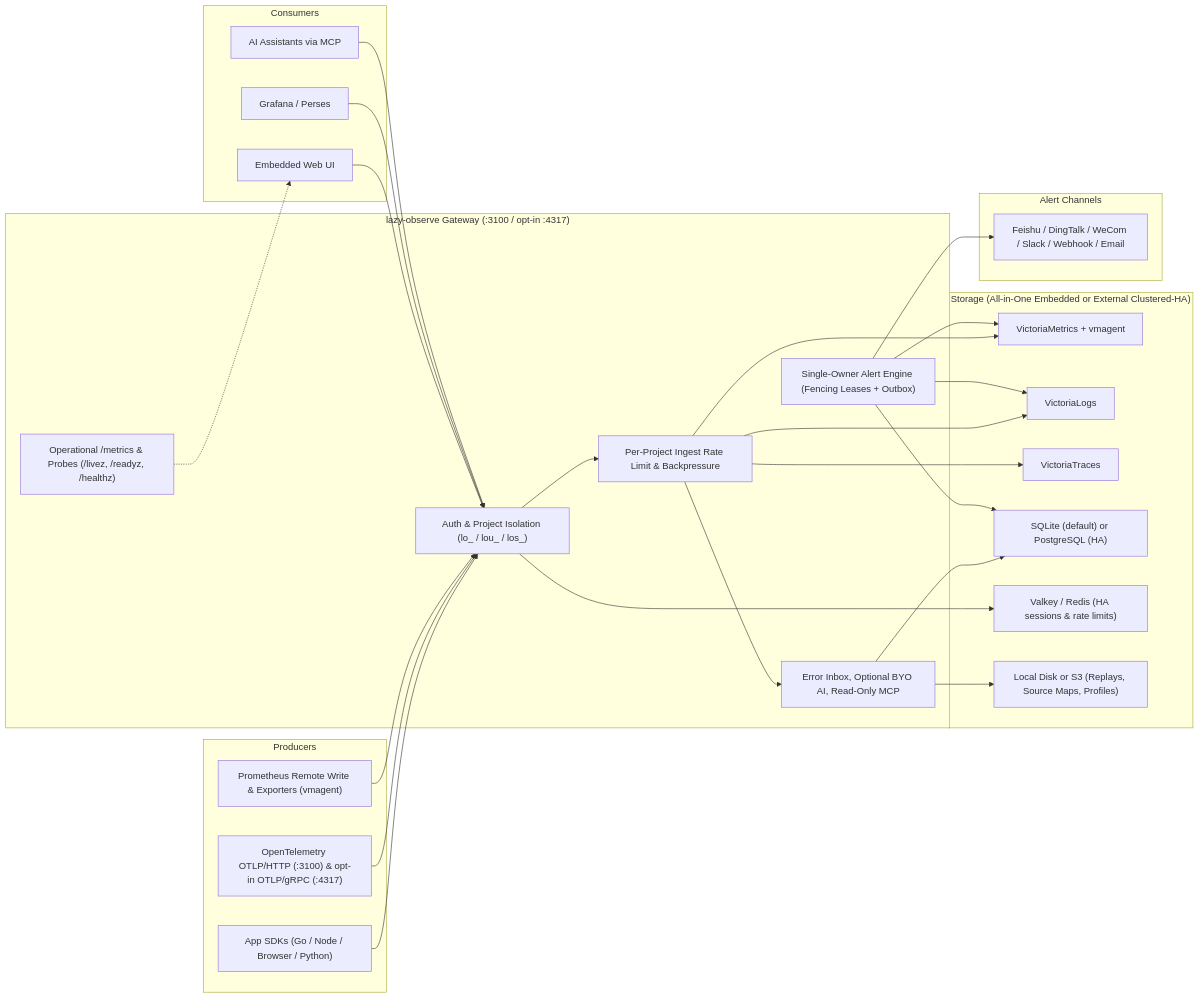
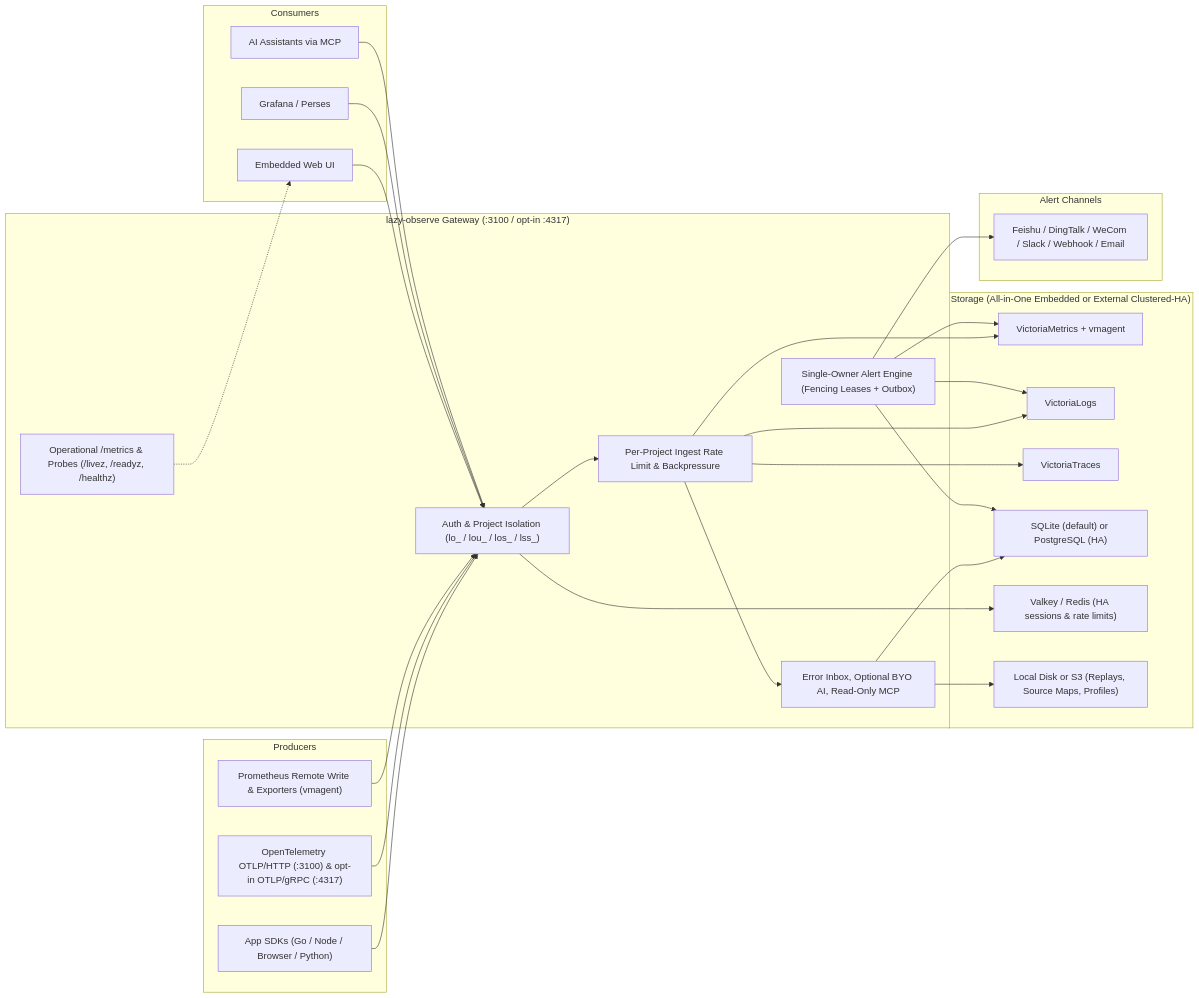
Before and after one commit to eimsound/lazy-observe: the diagram in README.md, drawn with Mermaid. The commit also changed other lines of this file and 16 other files, not shown here.

````diff
--- a/README.md
+++ b/README.md
@@ -13,55 +11,55 @@
 ```mermaid
 flowchart LR
   subgraph Producers["Producers"]
     SDK["App SDKs (Go / Node / Browser / Python)"]
     OTLP["OpenTelemetry OTLP/HTTP (:3100) & opt-in OTLP/gRPC (:4317)"]
     PROM["Prometheus Remote Write & Exporters (vmagent)"]
   end
 
   subgraph Gateway["lazy-observe Gateway (:3100 / opt-in :4317)"]
-    AUTH["Auth & Project Isolation (lo_ / lou_ / los_)"]
+    AUTH["Auth & Project Isolation (lo_ / lou_ / los_ / lss_)"]
     LIMIT["Per-Project Ingest Rate Limit & Backpressure"]
     SELF["Operational /metrics & Probes (/livez, /readyz, /healthz)"]
     ALERT["Single-Owner Alert Engine (Fencing Leases + Outbox)"]
     INBOX["Error Inbox, Optional BYO AI, Read-Only MCP"]
   end
 
   subgraph Notify["Alert Channels"]
     IM["Feishu / DingTalk / WeCom / Slack / Webhook / Email"]
   end
 
   subgraph Storage["Storage (All-in-One Embedded or External Clustered-HA)"]
     VM["VictoriaMetrics + vmagent"]
     VL["VictoriaLogs"]
     VT["VictoriaTraces"]
     META["SQLite (default) or PostgreSQL (HA)"]
     CACHE["Valkey / Redis (HA sessions & rate limits)"]
     BLOB["Local Disk or S3 (Replays, Source Maps, Profiles)"]
   end
 
   subgraph Consumers["Consumers"]
     UI["Embedded Web UI"]
     DASH["Grafana / Perses"]
     MCP["AI Assistants via MCP"]
   end
 
   SDK --> AUTH
   OTLP --> AUTH
   PROM --> AUTH
   AUTH --> LIMIT
   LIMIT --> VM
   LIMIT --> VL
   LIMIT --> VT
   LIMIT --> INBOX
   INBOX --> META
   INBOX --> BLOB
   ALERT --> META
   ALERT --> VM
   ALERT --> VL
   ALERT --> IM
   AUTH --> CACHE
   SELF -.-> UI
   UI --> AUTH
   DASH --> AUTH
   MCP --> AUTH
 ```
````
